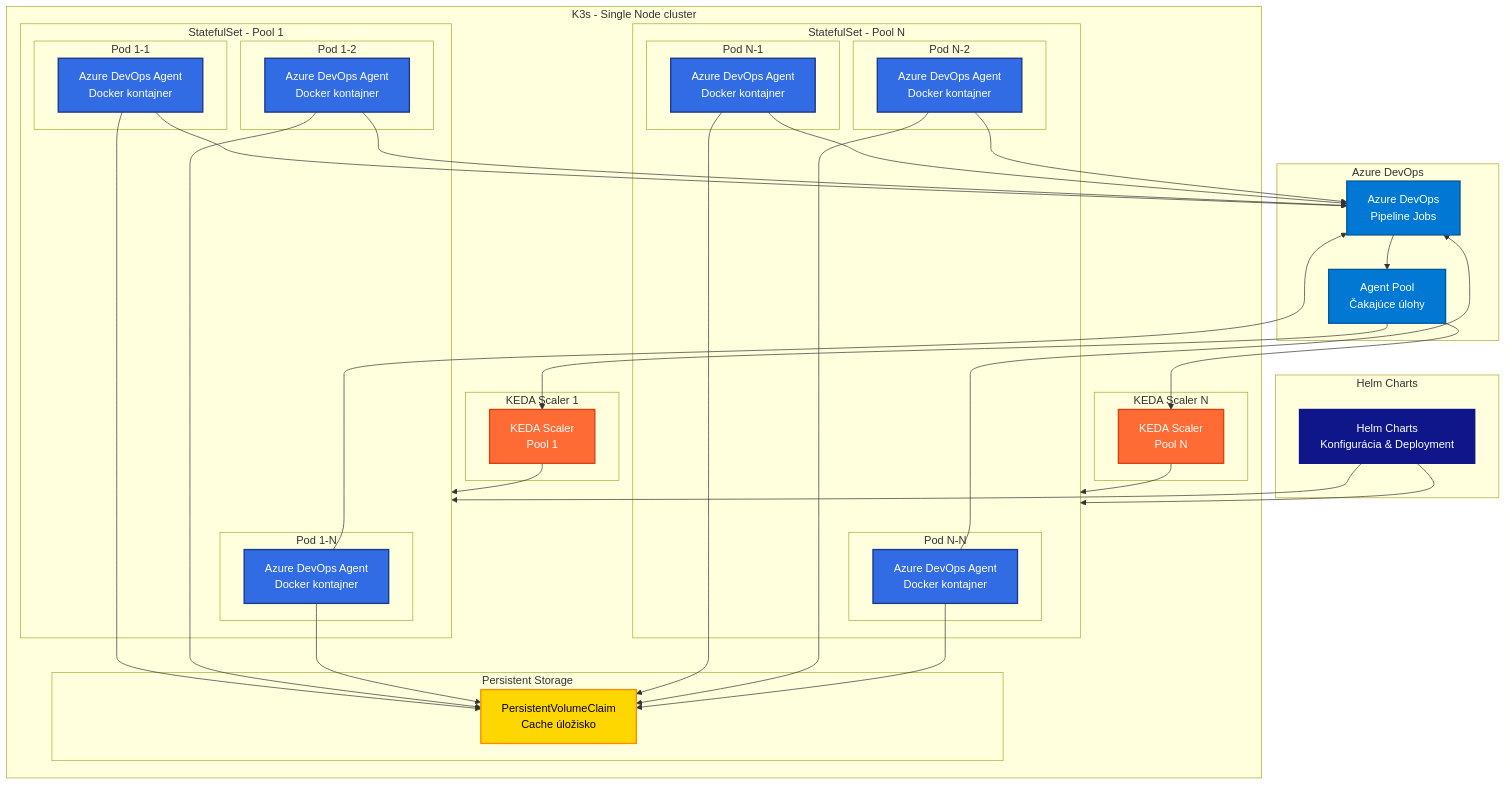
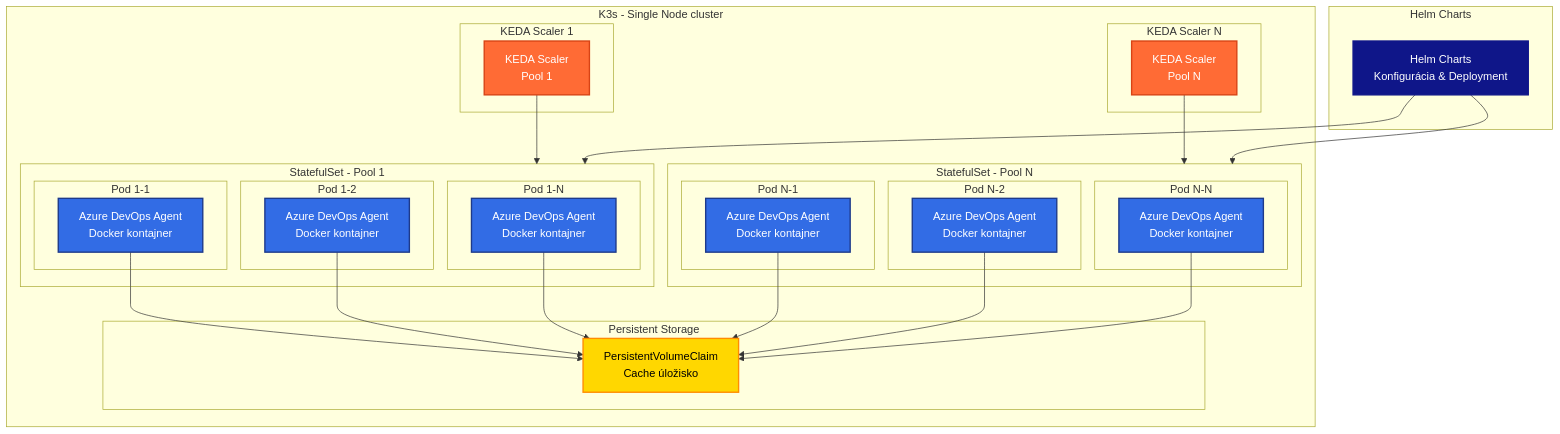
Before and after one commit to motycak/kros-sk.github.io: the first of 2 diagrams in linuxmachine/user-documentation.md, drawn with Mermaid.

````diff
--- a/linuxmachine/user-documentation.md
+++ b/linuxmachine/user-documentation.md
@@ -39,10 +39,5 @@
 ```mermaid
 graph TB
-    subgraph "Azure DevOps"
-        ADO[Azure DevOps<br/>Pipeline Jobs]
-        ADO_POOL[Agent Pool<br/>Čakajúce úlohy]
-    end
-    
     subgraph "K3s - Single Node cluster"
         subgraph "KEDA Scaler 1"
             KEDA_SCALER1[KEDA Scaler<br/>Pool 1]
@@ -86,10 +81,6 @@
     end
     
     %% Connections
-    ADO --> ADO_POOL
-    ADO_POOL --> KEDA_SCALER1
-    ADO_POOL --> KEDA_SCALERN
-    
     KEDA_SCALER1 --> STATEFULSET_POOL1
     KEDA_SCALERN --> STATEFULSET_POOLN
     
@@ -103,21 +94,12 @@
     AGENTN_2 --> PVC
     AGENTN_N --> PVC
     
-    AGENT1_1 --> ADO
-    AGENT1_2 --> ADO
-    AGENT1_N --> ADO
-    AGENTN_1 --> ADO
-    AGENTN_2 --> ADO
-    AGENTN_N --> ADO
-    
     %% Styling
-    classDef azure fill:#0078d4,stroke:#005a9e,stroke-width:2px,color:#fff
     classDef keda fill:#ff6b35,stroke:#d84315,stroke-width:2px,color:#fff
     classDef k8s fill:#326ce5,stroke:#1e3a8a,stroke-width:2px,color:#fff
     classDef helm fill:#0f1689,stroke:#0f1689,stroke-width:2px,color:#fff
     classDef storage fill:#ffd700,stroke:#ff8c00,stroke-width:2px,color:#000
     
-    class ADO,ADO_POOL azure
     class KEDA_SCALER1,KEDA_SCALERN keda
     class AGENT1_1,AGENT1_2,AGENT1_N,AGENTN_1,AGENTN_2,AGENTN_N k8s
     class HELM helm
````
